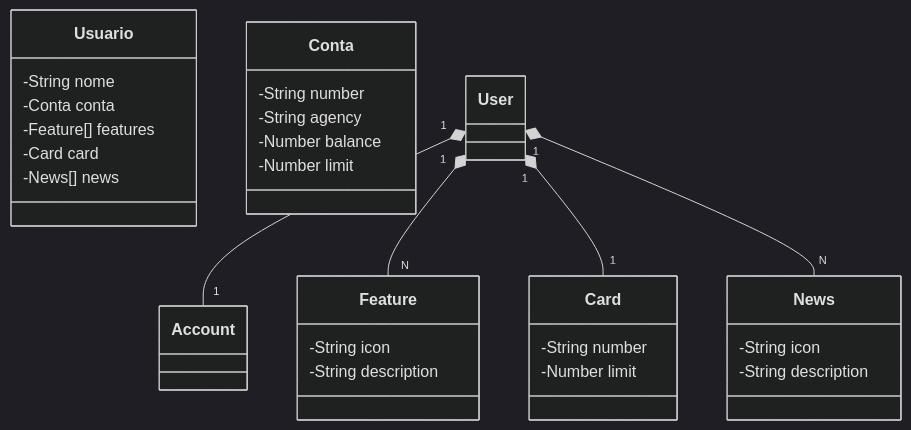
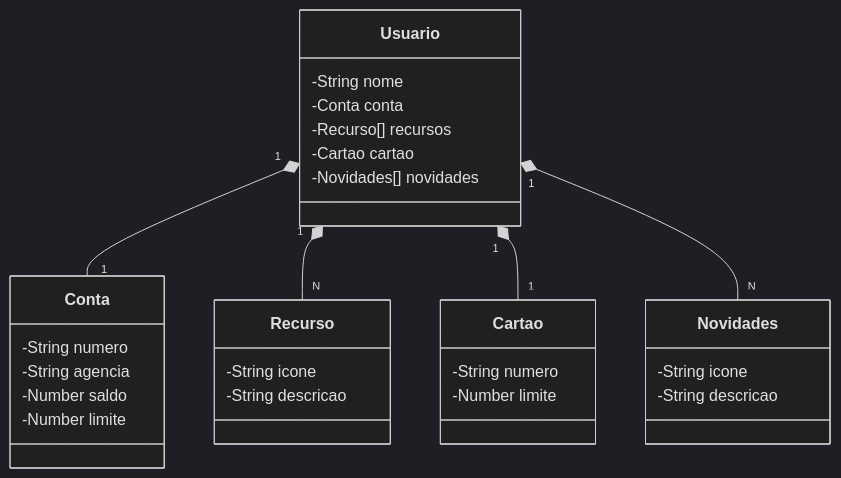
One commit to Mirilice/santander-dev-week-2023 changed the diagram in README.md. Above: the diagram before and after it, drawn with Mermaid (dark theme).

Commit message:
Ajuste final

````diff
--- a/README.md
+++ b/README.md
@@ -19,37 +19,37 @@
 ```mermaid
 classDiagram
   class Usuario {
     -String nome
     -Conta conta
-    -Feature[] features
-    -Card card
-    -News[] news
+    -Recurso[] recursos
+    -Cartao cartao
+    -Novidades[] novidades
   }
 
   class Conta {
-    -String number
-    -String agency
-    -Number balance
-    -Number limit
+    -String numero
+    -String agencia
+    -Number saldo
+    -Number limite
   }
 
-  class Feature {
-    -String icon
-    -String description
+  class Recurso {
+    -String icone
+    -String descricao
   }
 
-  class Card {
-    -String number
-    -Number limit
+  class Cartao {
+    -String numero
+    -Number limite
   }
 
-  class News {
-    -String icon
-    -String description
+  class Novidades {
+    -String icone
+    -String descricao
   }
 
-  User "1" *-- "1" Account
-  User "1" *-- "N" Feature
-  User "1" *-- "1" Card
-  User "1" *-- "N" News
+  Usuario "1" *-- "1" Conta
+  Usuario "1" *-- "N" Recurso
+  Usuario "1" *-- "1" Cartao
+  Usuario "1" *-- "N" Novidades
 ```
````
